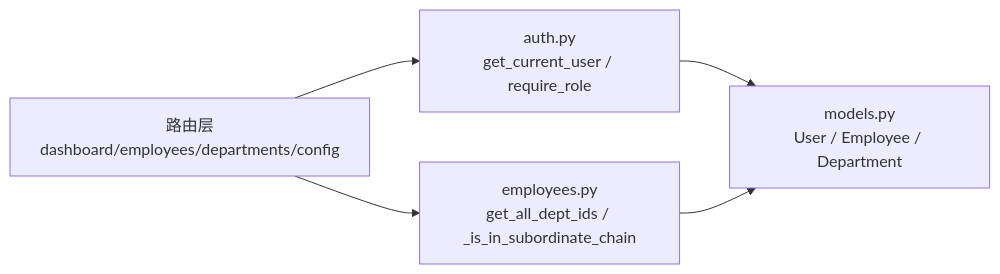
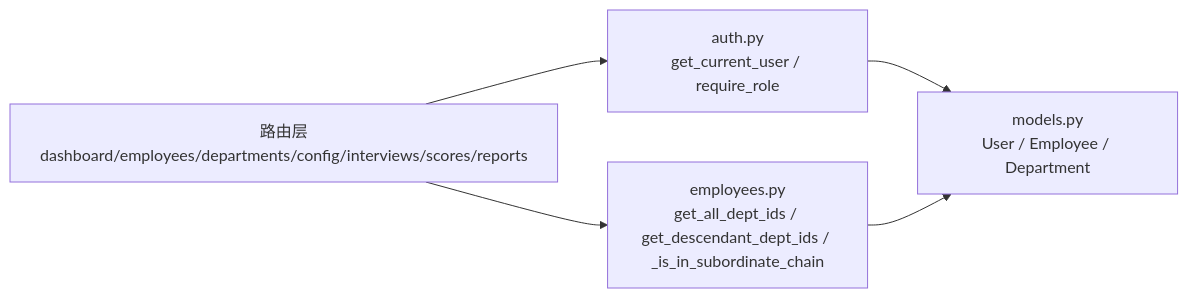
One commit to xgd561/performance_evaluation_system changed diagram 11 of 11 in .qoder/repowiki/zh/content/系统架构/安全架构设计/RBAC权限控制.md. Above: the diagram before and after it, drawn with Mermaid. The commit also changed other lines of this file and 136 other files, not shown here.

````diff
--- a/.qoder/repowiki/zh/content/系统架构/安全架构设计/RBAC权限控制.md
+++ b/.qoder/repowiki/zh/content/系统架构/安全架构设计/RBAC权限控制.md
@@ -323,7 +422,7 @@
 ```mermaid
 graph LR
-Routers["路由层<br/>dashboard/employees/departments/config"] --> Auth["auth.py<br/>get_current_user / require_role"]
-Routers --> EmployeesUtil["employees.py<br/>get_all_dept_ids / _is_in_subordinate_chain"]
+Routers["路由层<br/>dashboard/employees/departments/config/interviews/scores/reports"] --> Auth["auth.py<br/>get_current_user / require_role"]
+Routers --> EmployeesUtil["employees.py<br/>get_all_dept_ids / get_descendant_dept_ids / _is_in_subordinate_chain"]
 Auth --> Models["models.py<br/>User / Employee / Department"]
 EmployeesUtil --> Models
 ```
````
